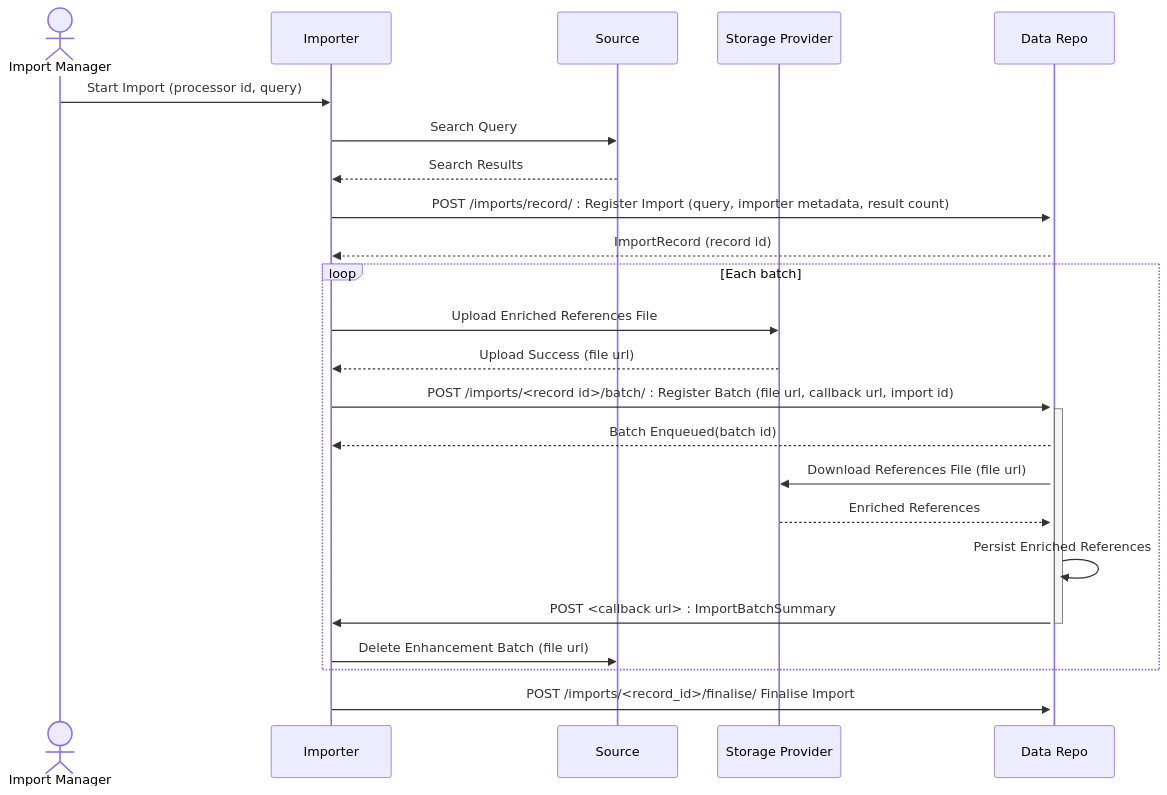
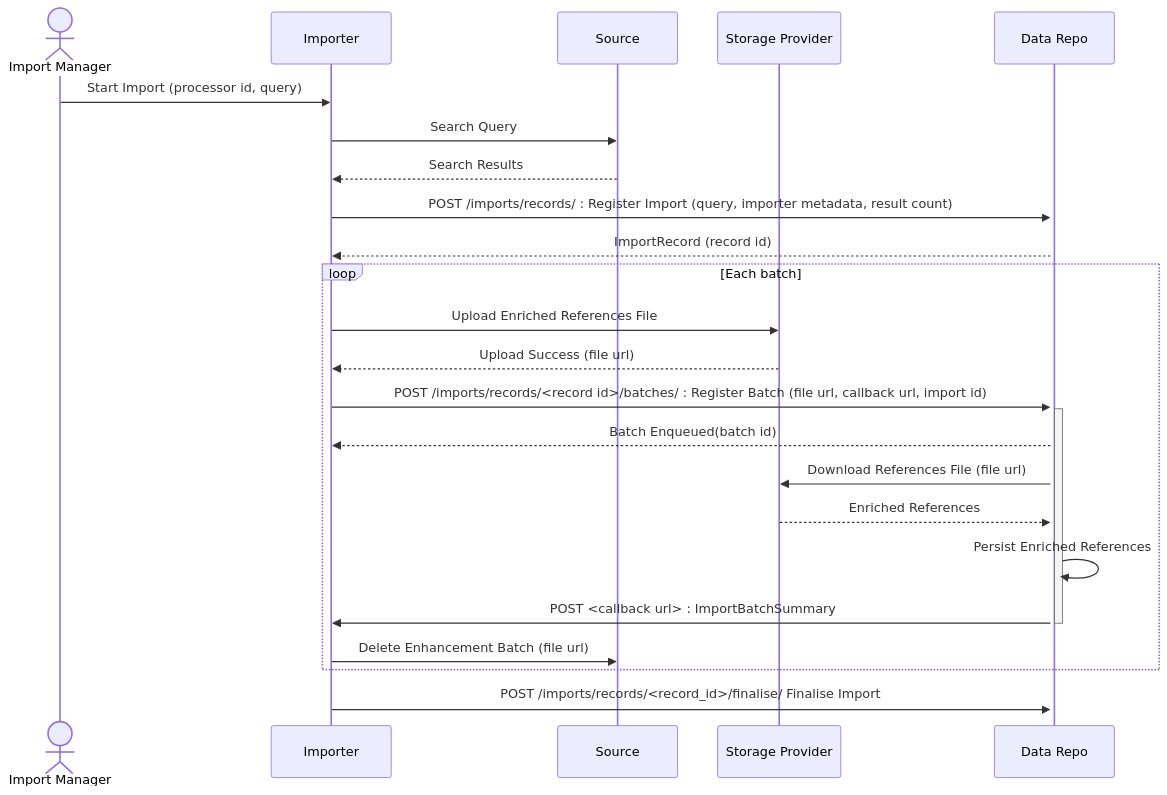
One commit to destiny-evidence/destiny-repository changed the first of 2 diagrams in docs/procedures/batch-importing.rst. Above: the diagram before and after it, drawn with Mermaid. The commit also changed 4 other files, not shown here.

```diff
--- a/docs/procedures/batch-importing.rst
+++ b/docs/procedures/batch-importing.rst
@@ -13,25 +13,25 @@
 .. mermaid::
 
     sequenceDiagram
         actor M as Import Manager
         participant I as Importer
         participant S as Source
         participant SP as Storage Provider
         participant R as Data Repo
         M ->> I: Start Import (processor id, query)
         I ->> S: Search Query
         S -->> I: Search Results
-        I ->>+ R: POST /imports/record/ : Register Import (query, importer metadata, result count)
+        I ->>+ R: POST /imports/records/ : Register Import (query, importer metadata, result count)
         R -->> I: ImportRecord (record id)
         loop Each batch
             I ->> SP: Upload Enriched References File
             SP -->> I: Upload Success (file url)
-            I ->>+ R: POST /imports/<record id>/batch/ : Register Batch (file url, callback url, import id)
+            I ->>+ R: POST /imports/records/<record id>/batches/ : Register Batch (file url, callback url, import id)
             R -->> I: Batch Enqueued(batch id)
             R ->> SP: Download References File (file url)
             SP -->> R: Enriched References
             R ->> R: Persist Enriched References
             R ->>- I: POST <callback url> : ImportBatchSummary
             I ->> S: Delete Enhancement Batch (file url)
         end
-        I ->> R: POST /imports/<record_id>/finalise/ Finalise Import
+        I ->> R: POST /imports/records/<record_id>/finalise/ Finalise Import
```
